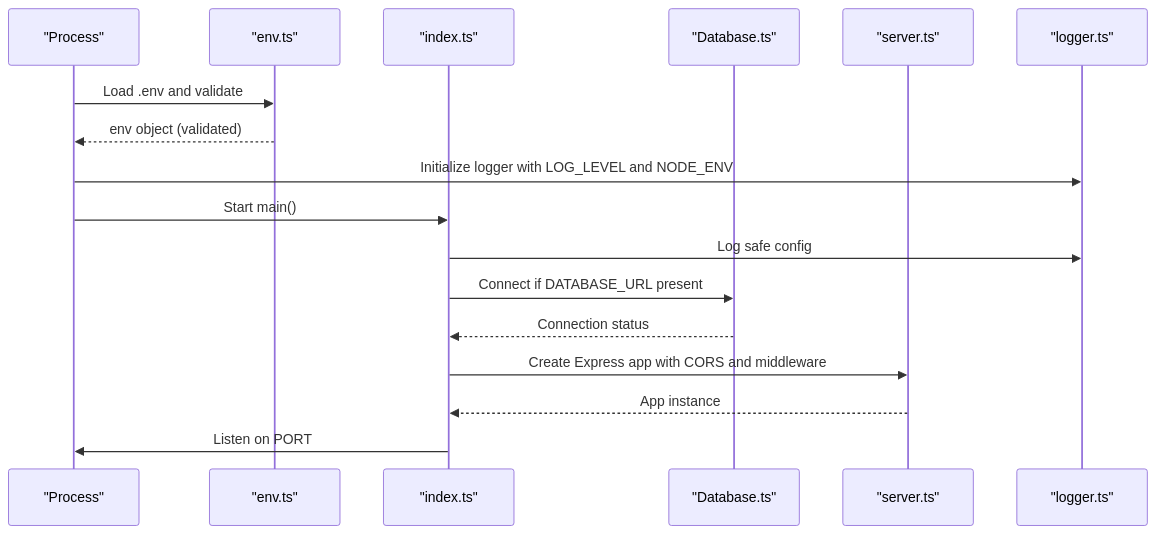
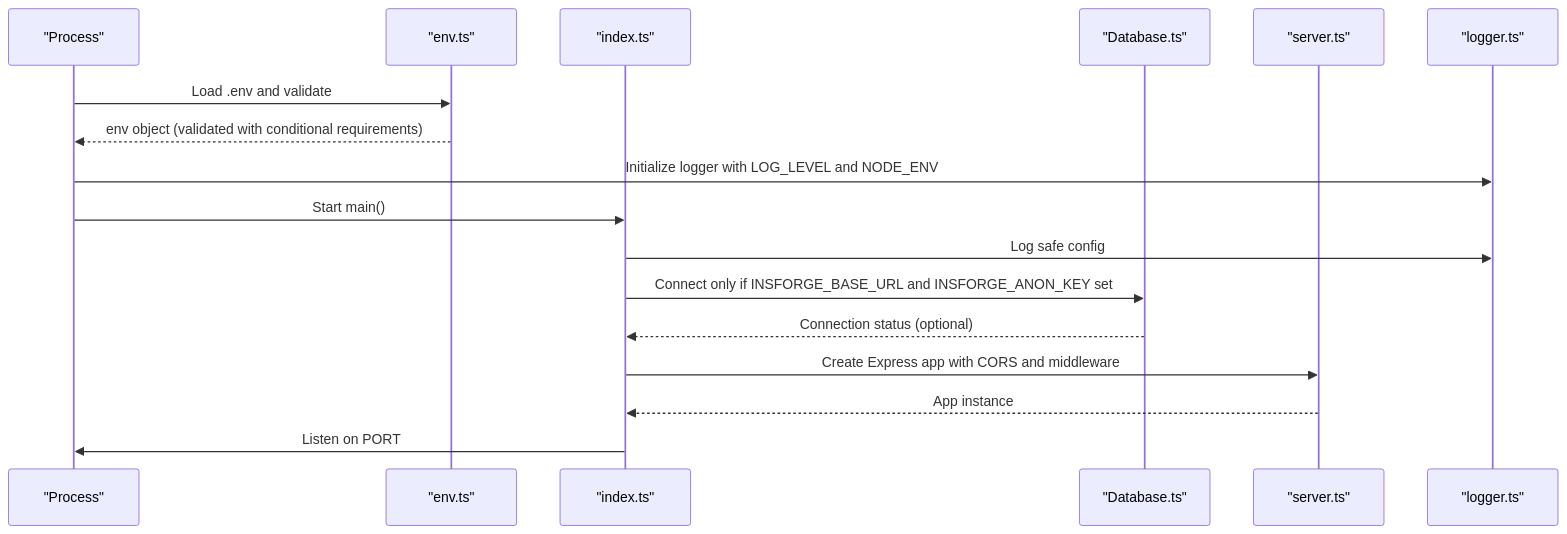
The second of 7 diagrams in .qoder/repowiki/en/content/Configuration & Environment.md (vishnusaibhosekar/ares), drawn with Mermaid before and after one commit. The commit also changed other lines of this file and 10 other files, not shown here.

````diff
--- a/.qoder/repowiki/en/content/Configuration & Environment.md
+++ b/.qoder/repowiki/en/content/Configuration & Environment.md
@@ -128,19 +147,19 @@
 ```mermaid
 sequenceDiagram
 participant Proc as "Process"
 participant Env as "env.ts"
 participant App as "index.ts"
 participant DB as "Database.ts"
 participant Srv as "server.ts"
 participant Log as "logger.ts"
 Proc->>Env : Load .env and validate
-Env-->>Proc : env object (validated)
+Env-->>Proc : env object (validated with conditional requirements)
 Proc->>Log : Initialize logger with LOG_LEVEL and NODE_ENV
 Proc->>App : Start main()
 App->>Log : Log safe config
-App->>DB : Connect if DATABASE_URL present
-DB-->>App : Connection status
+App->>DB : Connect only if INSFORGE_BASE_URL and INSFORGE_ANON_KEY set
+DB-->>App : Connection status (optional)
 App->>Srv : Create Express app with CORS and middleware
 Srv-->>App : App instance
 App->>Proc : Listen on PORT
 ```
````
